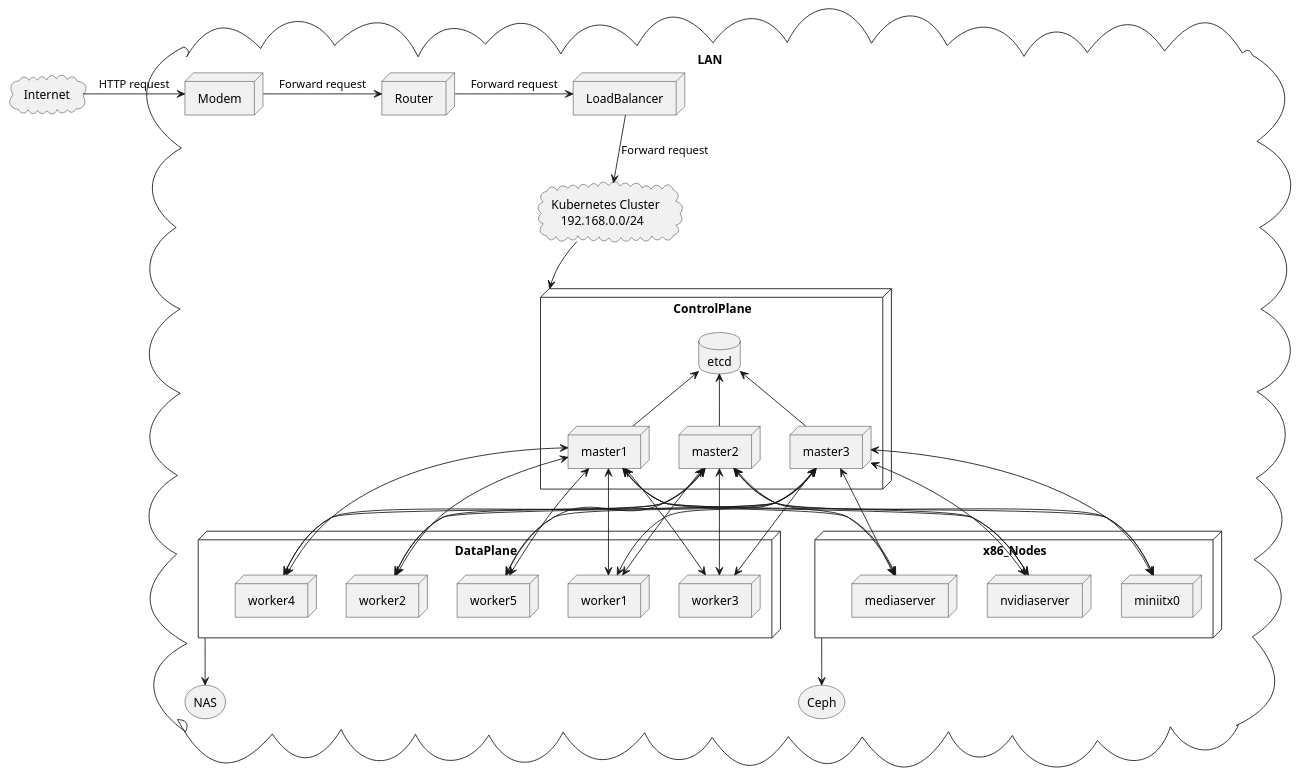
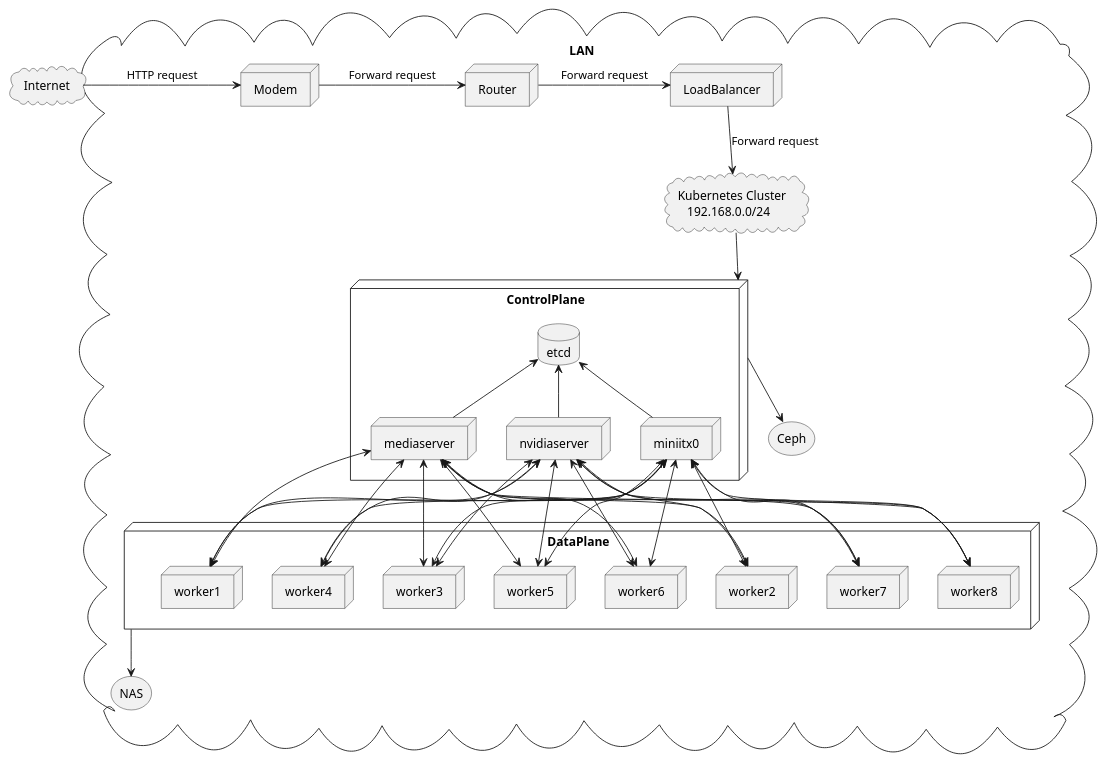
The diagram in docs/architecture.plantuml (cguertin14/infra), drawn with PlantUML before and after one commit.

```diff
--- a/docs/architecture.plantuml
+++ b/docs/architecture.plantuml
@@ -1,82 +1,76 @@
 @startuml infra architecture
 
 cloud Internet
 
 cloud LAN {
 	
 	node Modem
 	node Router
 	node LoadBalancer
 	storage NAS
 	storage Ceph
 
 	cloud cluster as "Kubernetes Cluster  \n   192.168.0.0/24"
 
 	node ControlPlane {
-		node master1
-		node master2
-		node master3
+		node mediaserver
+    	node nvidiaserver
+    	node miniitx0
 
 		database etcd
 	}
 
 	node DataPlane {
 		node worker1
 		node worker2
 		node worker3
 		node worker4
 		node worker5
-	}
-	
-	node x86_Nodes {
-	  node mediaserver
-	  node nvidiaserver
-	  node miniitx0
+		node worker6
+		node worker7
+		node worker8
 	}
 
-	master1 -u-> etcd
-	master2 -u-> etcd
-	master3 -u-> etcd
+	nvidiaserver -u-> etcd
+	mediaserver -u-> etcd
+	miniitx0 -u-> etcd
 
 	cluster -d-> ControlPlane
+	ControlPlane -d-> Ceph
 	DataPlane -d-> NAS
-	x86_Nodes -d-> Ceph
 
-	master1 <-d-> worker1
-	master1 <-d-> worker2
-	master1 <-d-> worker3
-	master1 <-d-> worker4
-	master1 <-d-> worker5
+	mediaserver <-d-> worker1
+	mediaserver <-d-> worker2
+	mediaserver <-d-> worker3
+	mediaserver <-d-> worker4
+	mediaserver <-d-> worker5
+	mediaserver <-d-> worker6
+	mediaserver <-d-> worker7
+	mediaserver <-d-> worker8
 	
-	master2 <-d-> worker1
-	master2 <-d-> worker2
-	master2 <-d-> worker3
-	master2 <-d-> worker4
-	master2 <-d-> worker5
+	nvidiaserver <-d-> worker1
+	nvidiaserver <-d-> worker2
+	nvidiaserver <-d-> worker3
+	nvidiaserver <-d-> worker4
+	nvidiaserver <-d-> worker5
+	nvidiaserver <-d-> worker6
+	nvidiaserver <-d-> worker7
+	nvidiaserver <-d-> worker8
 
-	master3 <-d-> worker1
-	master3 <-d-> worker2
-	master3 <-d-> worker3
-	master3 <-d-> worker4
-	master3 <-d-> worker5
-	
-	master1 <-d-> mediaserver
-	master1 <-d-> nvidiaserver
-	master1 <-d-> miniitx0
-	
-	master2 <-d-> mediaserver
-	master2 <-d-> nvidiaserver
-	master2 <-d-> miniitx0
-
-	master3 <-d-> mediaserver
-	master3 <-d-> nvidiaserver
-	master3 <-d-> miniitx0
+	miniitx0 <-d-> worker1
+	miniitx0 <-d-> worker2
+	miniitx0 <-d-> worker3
+	miniitx0 <-d-> worker4
+	miniitx0 <-d-> worker5
+	miniitx0 <-d-> worker6
+	miniitx0 <-d-> worker7
+	miniitx0 <-d-> worker8
 
 }
 
 Internet -r-> Modem : HTTP request
 Modem -r-> Router : Forward request
 Router -r-> LoadBalancer : Forward request
 LoadBalancer -d-> cluster : Forward request
 
 @enduml
```
